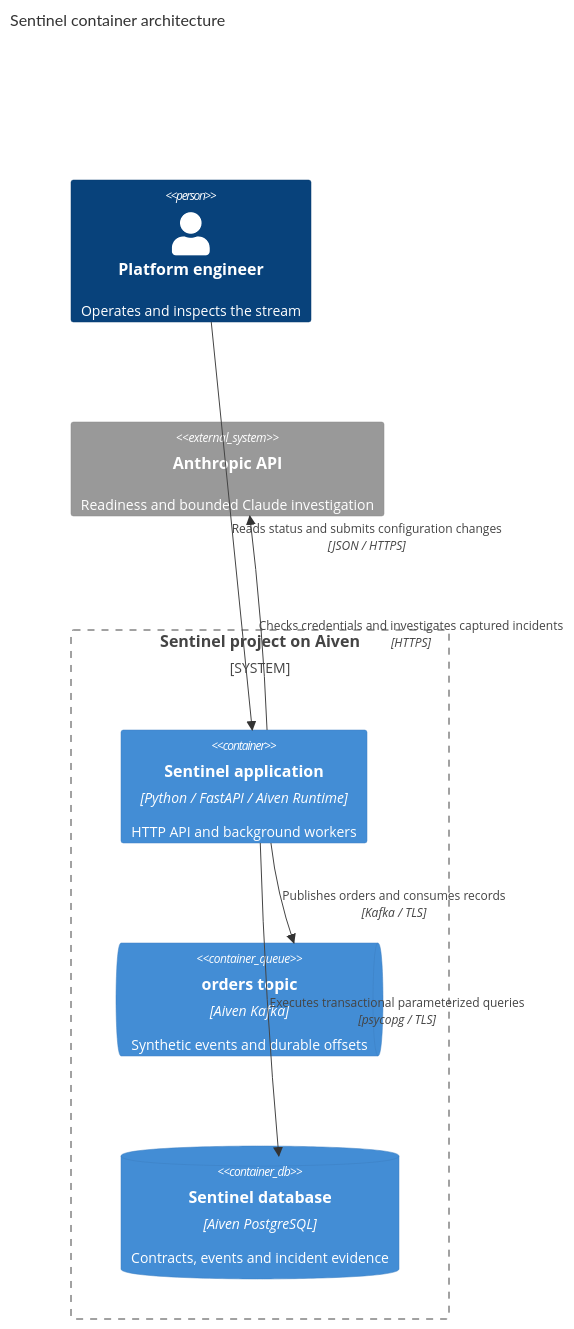
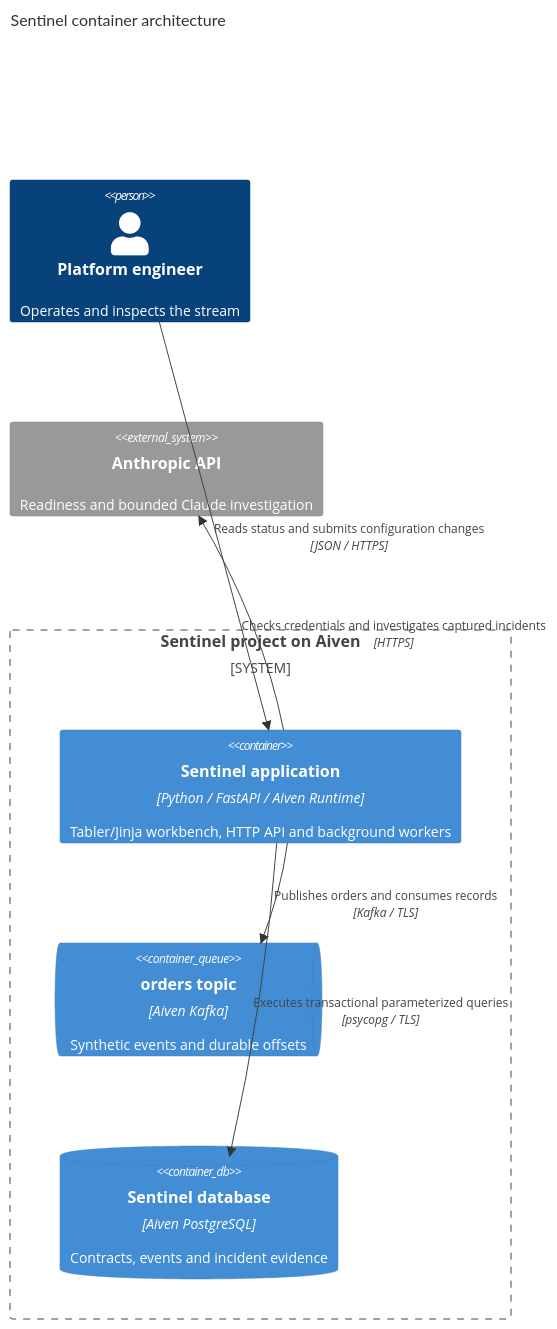
The diagram in docs/architecture/c4-containers.md (dirdr/choker2kafka), drawn with Mermaid before and after one commit. The commit also changed 33 other files, not shown here.

Commit message:
feat: add live Tabler incident workbench

````diff
--- a/docs/architecture/c4-containers.md
+++ b/docs/architecture/c4-containers.md
@@ -5,15 +5,15 @@
 ```mermaid
 C4Container
     title Sentinel container architecture
     Person(engineer, "Platform engineer", "Operates and inspects the stream")
     System_Boundary(sentinel, "Sentinel project on Aiven") {
-        Container(app, "Sentinel application", "Python / FastAPI / Aiven Runtime", "HTTP API and background workers")
+        Container(app, "Sentinel application", "Python / FastAPI / Aiven Runtime", "Tabler/Jinja workbench, HTTP API and background workers")
         ContainerQueue(orders, "orders topic", "Aiven Kafka", "Synthetic events and durable offsets")
         ContainerDb(database, "Sentinel database", "Aiven PostgreSQL", "Contracts, events and incident evidence")
     }
     System_Ext(anthropic, "Anthropic API", "Readiness and bounded Claude investigation")
     Rel(engineer, app, "Reads status and submits configuration changes", "JSON / HTTPS")
     Rel(app, orders, "Publishes orders and consumes records", "Kafka / TLS")
     Rel(app, database, "Executes transactional parameterized queries", "psycopg / TLS")
     Rel(app, anthropic, "Checks credentials and investigates captured incidents", "HTTPS")
 ```
````
